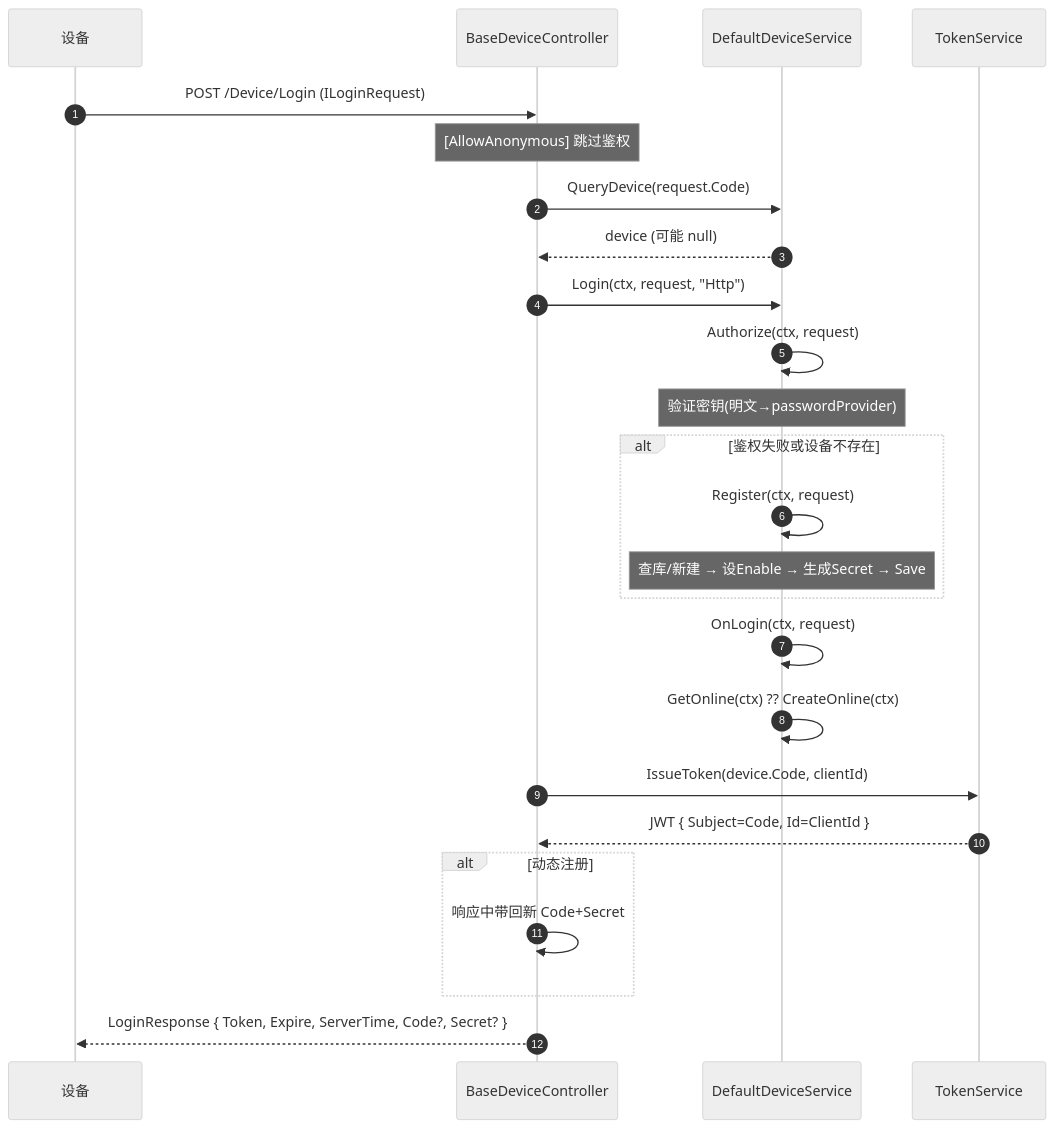
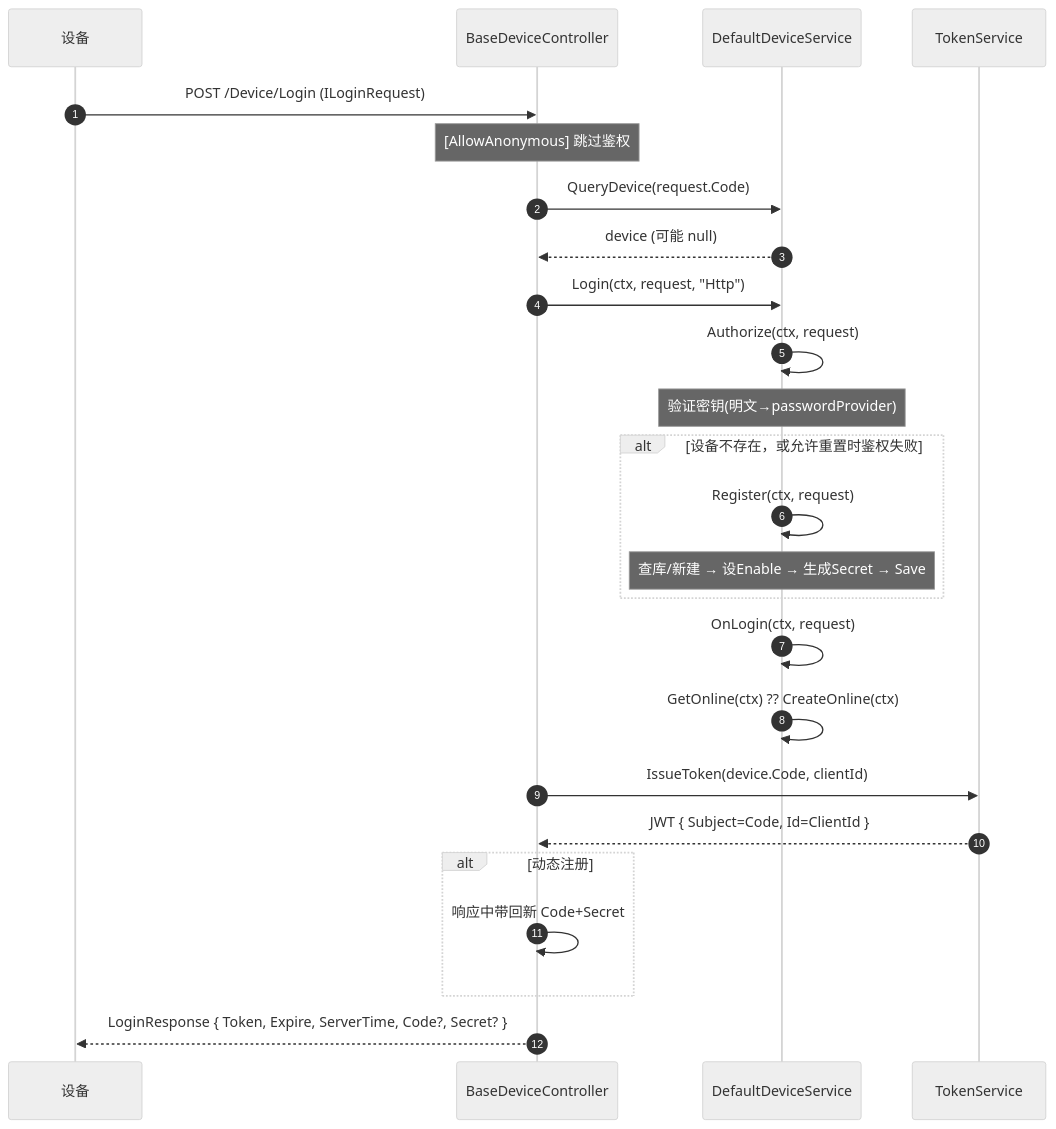
Before and after one commit to NewLifeX/NewLife.Remoting: the third of 10 diagrams in Doc/SRV-服务端架构.md, drawn with Mermaid (neutral theme). The commit also changed other lines of this file and 2 other files, not shown here.

````diff
--- a/Doc/SRV-服务端架构.md
+++ b/Doc/SRV-服务端架构.md
@@ -103,35 +106,35 @@
 ```mermaid
 sequenceDiagram
     autonumber
     participant D as 设备
     participant BC as BaseDeviceController
     participant Svc as DefaultDeviceService
     participant Token as TokenService
 
     D->>BC: POST /Device/Login (ILoginRequest)
     Note over BC: [AllowAnonymous] 跳过鉴权
 
     BC->>Svc: QueryDevice(request.Code)
     Svc-->>BC: device (可能 null)
 
     BC->>Svc: Login(ctx, request, "Http")
     Svc->>Svc: Authorize(ctx, request)
     Note over Svc: 验证密钥(明文→passwordProvider)
 
-    alt 鉴权失败或设备不存在
+    alt 设备不存在，或允许重置时鉴权失败
         Svc->>Svc: Register(ctx, request)
         Note over Svc: 查库/新建 → 设Enable → 生成Secret → Save
     end
 
     Svc->>Svc: OnLogin(ctx, request)
     Svc->>Svc: GetOnline(ctx) ?? CreateOnline(ctx)
 
     BC->>Token: IssueToken(device.Code, clientId)
     Token-->>BC: JWT { Subject=Code, Id=ClientId }
 
     alt 动态注册
         BC->>BC: 响应中带回新 Code+Secret
     end
 
     BC-->>D: LoginResponse { Token, Expire, ServerTime, Code?, Secret? }
 ```
````
